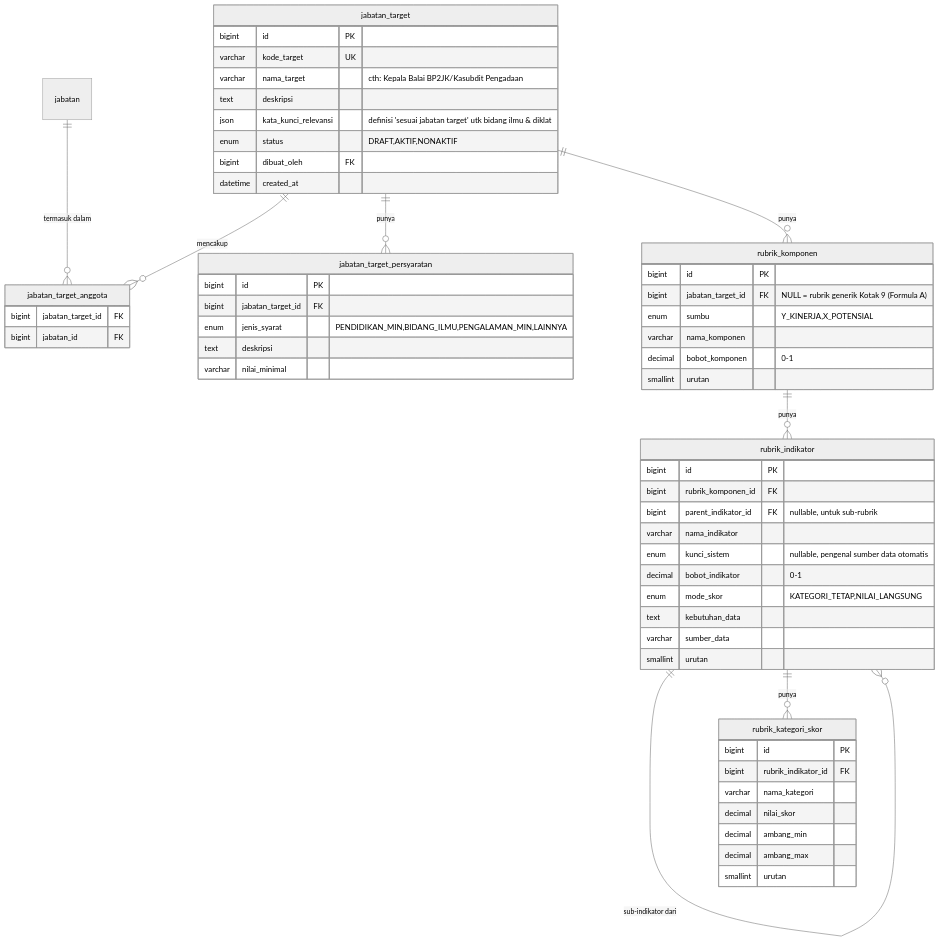
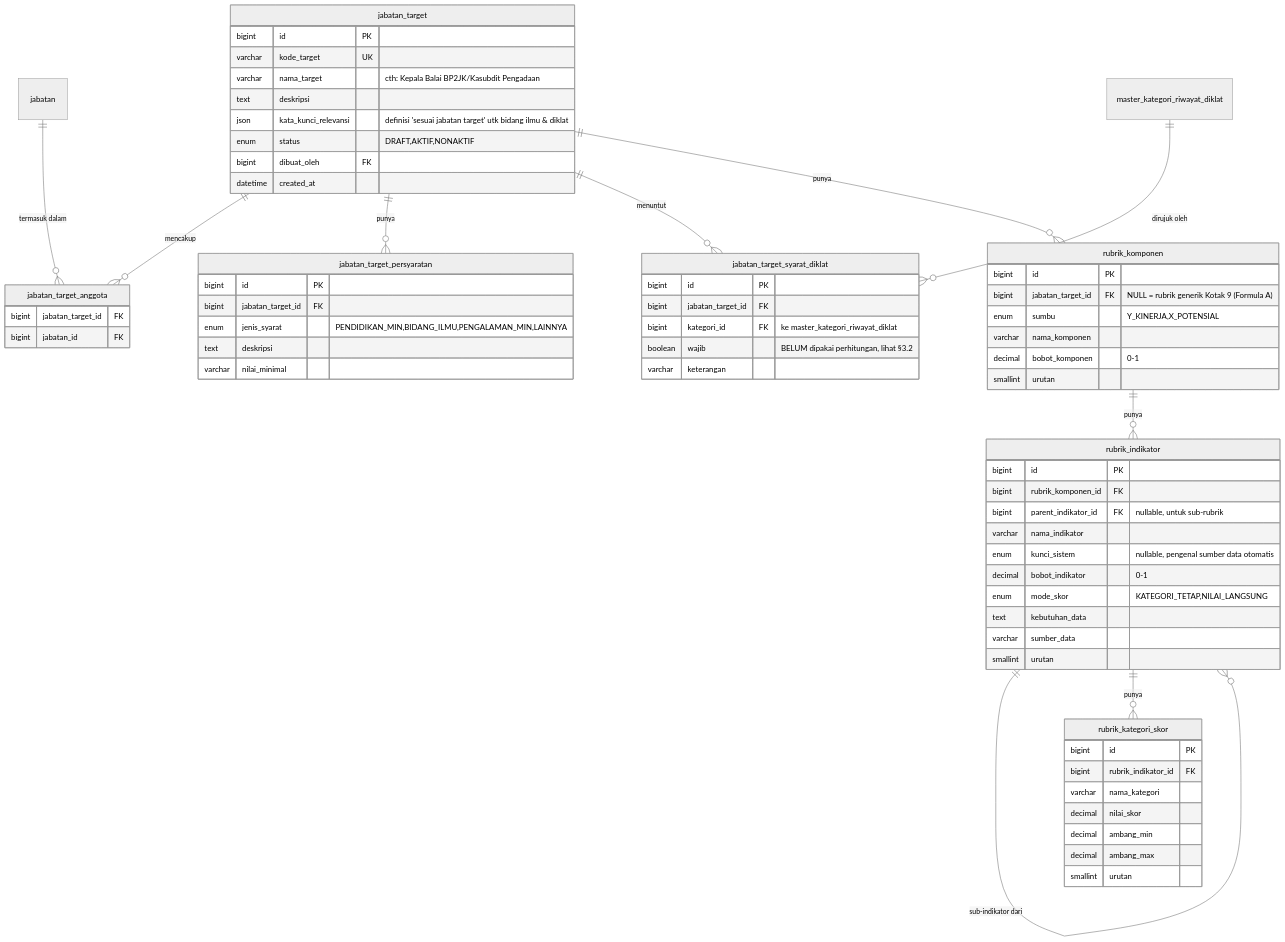
The second of 4 diagrams in doc/ERD.md (Praz-715/pupr-argo-dev), drawn with Mermaid (neutral theme) before and after one commit. The commit also changed other lines of this file and 101 other files, not shown here.

````diff
--- a/doc/ERD.md
+++ b/doc/ERD.md
@@ -141,61 +189,70 @@
 ```mermaid
 erDiagram
     jabatan_target ||--o{ jabatan_target_anggota : mencakup
     jabatan ||--o{ jabatan_target_anggota : "termasuk dalam"
     jabatan_target ||--o{ jabatan_target_persyaratan : punya
+    jabatan_target ||--o{ jabatan_target_syarat_diklat : menuntut
+    master_kategori_riwayat_diklat ||--o{ jabatan_target_syarat_diklat : "dirujuk oleh"
     jabatan_target ||--o{ rubrik_komponen : punya
     rubrik_komponen ||--o{ rubrik_indikator : punya
     rubrik_indikator ||--o{ rubrik_indikator : "sub-indikator dari"
     rubrik_indikator ||--o{ rubrik_kategori_skor : punya
 
     jabatan_target {
         bigint id PK
         varchar kode_target UK
         varchar nama_target "cth: Kepala Balai BP2JK/Kasubdit Pengadaan"
         text deskripsi
         json kata_kunci_relevansi "definisi 'sesuai jabatan target' utk bidang ilmu & diklat"
         enum status "DRAFT,AKTIF,NONAKTIF"
         bigint dibuat_oleh FK
         datetime created_at
     }
     jabatan_target_anggota {
         bigint jabatan_target_id FK
         bigint jabatan_id FK
     }
     jabatan_target_persyaratan {
         bigint id PK
         bigint jabatan_target_id FK
         enum jenis_syarat "PENDIDIKAN_MIN,BIDANG_ILMU,PENGALAMAN_MIN,LAINNYA"
         text deskripsi
         varchar nilai_minimal
+    }
+    jabatan_target_syarat_diklat {
+        bigint id PK
+        bigint jabatan_target_id FK
+        bigint kategori_id FK "ke master_kategori_riwayat_diklat"
+        boolean wajib "BELUM dipakai perhitungan, lihat §3.2"
+        varchar keterangan
     }
     rubrik_komponen {
         bigint id PK
         bigint jabatan_target_id FK "NULL = rubrik generik Kotak 9 (Formula A)"
         enum sumbu "Y_KINERJA,X_POTENSIAL"
         varchar nama_komponen
         decimal bobot_komponen "0-1"
         smallint urutan
     }
     rubrik_indikator {
         bigint id PK
         bigint rubrik_komponen_id FK
         bigint parent_indikator_id FK "nullable, untuk sub-rubrik"
         varchar nama_indikator
         enum kunci_sistem "nullable, pengenal sumber data otomatis"
         decimal bobot_indikator "0-1"
         enum mode_skor "KATEGORI_TETAP,NILAI_LANGSUNG"
         text kebutuhan_data
         varchar sumber_data
         smallint urutan
     }
     rubrik_kategori_skor {
         bigint id PK
         bigint rubrik_indikator_id FK
         varchar nama_kategori
         decimal nilai_skor
         decimal ambang_min
         decimal ambang_max
         smallint urutan
     }
 ```
````
